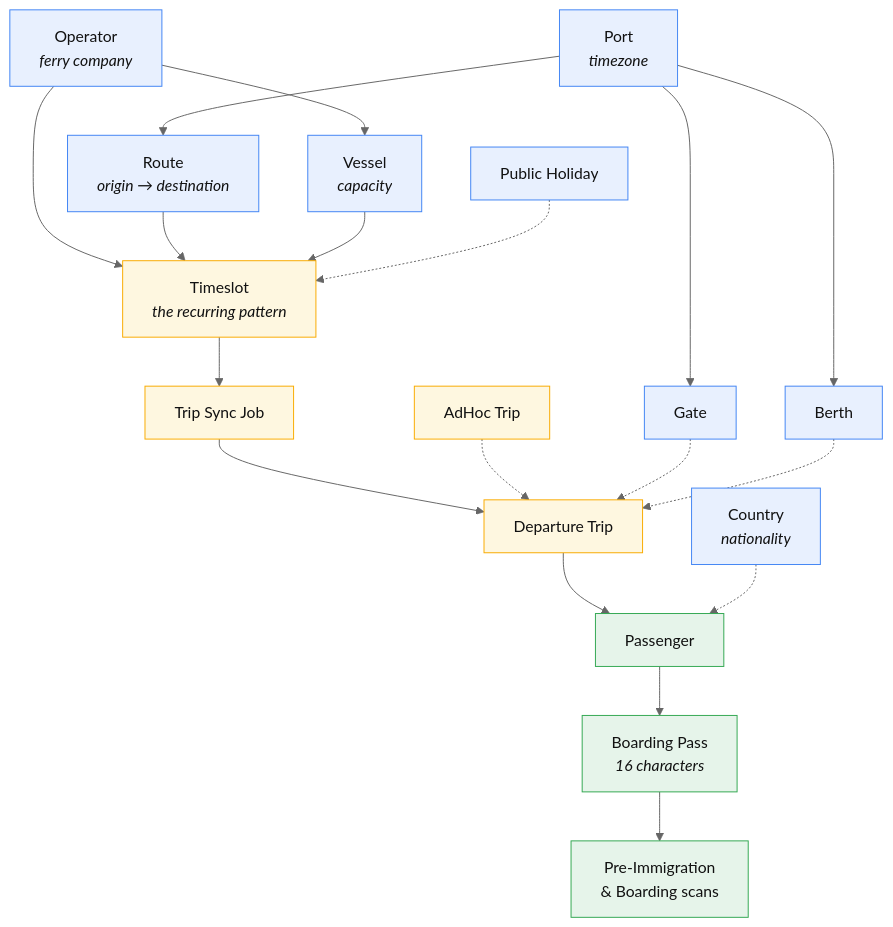
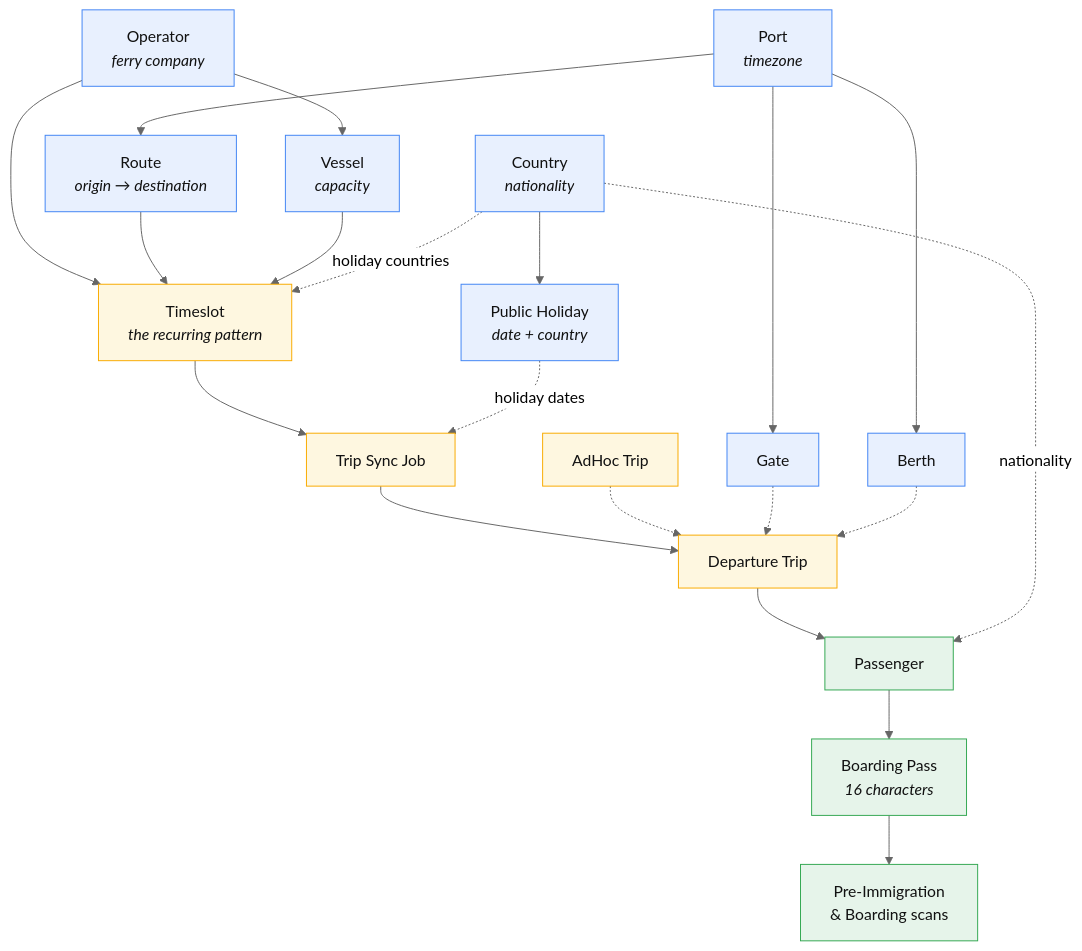
One commit to Sindo-Ferry/ts-documentation changed the first of 3 diagrams in docs/how-it-fits-together.mdx. Above: the diagram before and after it, drawn with Mermaid (neutral theme). The commit also changed other lines of this file and 21 other files, not shown here.

````diff
--- a/docs/how-it-fits-together.mdx
+++ b/docs/how-it-fits-together.mdx
@@ -32,31 +33,33 @@
 ```mermaid
 flowchart TD
   OP["Operator<br/><i>ferry company</i>"] --> VE["Vessel<br/><i>capacity</i>"]
   PO["Port<br/><i>timezone</i>"] --> GA["Gate"]
   PO --> BE["Berth"]
   PO --> RO["Route<br/><i>origin → destination</i>"]
+  CO["Country<br/><i>nationality</i>"] --> PH["Public Holiday<br/><i>date + country</i>"]
 
   OP --> TS["Timeslot<br/><i>the recurring pattern</i>"]
   RO --> TS
   VE --> TS
-  PH["Public Holiday"] -.-> TS
+  CO -.->|holiday countries| TS
 
   TS --> SJ["Trip Sync Job"]
+  PH -.->|holiday dates| SJ
   SJ --> TR["Departure Trip"]
   AD["AdHoc Trip"] -.-> TR
 
   GA -.-> TR
   BE -.-> TR
 
   TR --> PA["Passenger"]
-  CO["Country<br/><i>nationality</i>"] -.-> PA
+  CO -.->|nationality| PA
   PA --> BP["Boarding Pass<br/><i>16 characters</i>"]
   BP --> SC["Pre-Immigration<br/>& Boarding scans"]
 
   classDef master fill:#e8f0fe,stroke:#4285f4,color:#111
   classDef sched fill:#fef7e0,stroke:#f9ab00,color:#111
   classDef ops fill:#e6f4ea,stroke:#34a853,color:#111
   class OP,VE,PO,GA,BE,RO,CO,PH master
   class TS,SJ,TR,AD sched
   class PA,BP,SC ops
 ```
````
